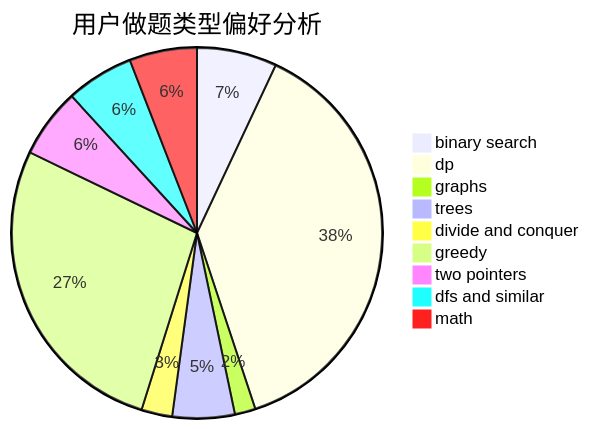
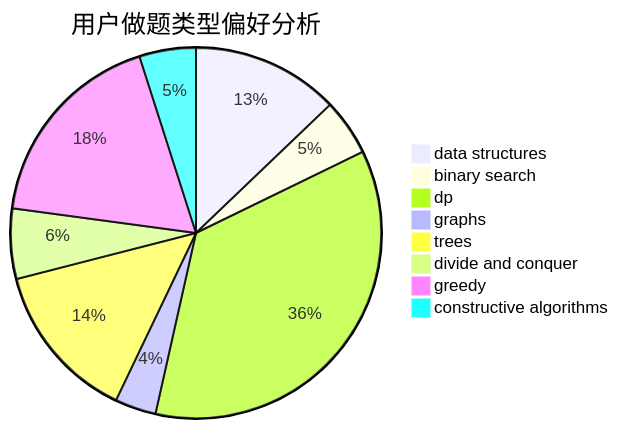
Before and after one commit to sherpahu/cfrs.github.io: the second of 3 diagrams in docs/user/u1525.md, drawn with Mermaid. The commit also changed other lines of this file and 2775 other files, not shown here.

````diff
--- a/docs/user/u1525.md
+++ b/docs/user/u1525.md
@@ -23,12 +23,11 @@
 ```mermaid
 pie title 用户做题类型偏好分析
-    "binary search" :  135
-    "dp" :  733
-    "graphs" :  35
-    "trees" :  105
-    "divide and conquer" :  52
-    "greedy" :  528
-    "two pointers" :  117
-    "dfs and similar" :  114
-    "math" :  114
+    "data structures" :  86
+    "binary search" :  33
+    "dp" :  239
+    "graphs" :  24
+    "trees" :  93
+    "divide and conquer" :  41
+    "greedy" :  120
+    "constructive algorithms" :  33
 ```
````
